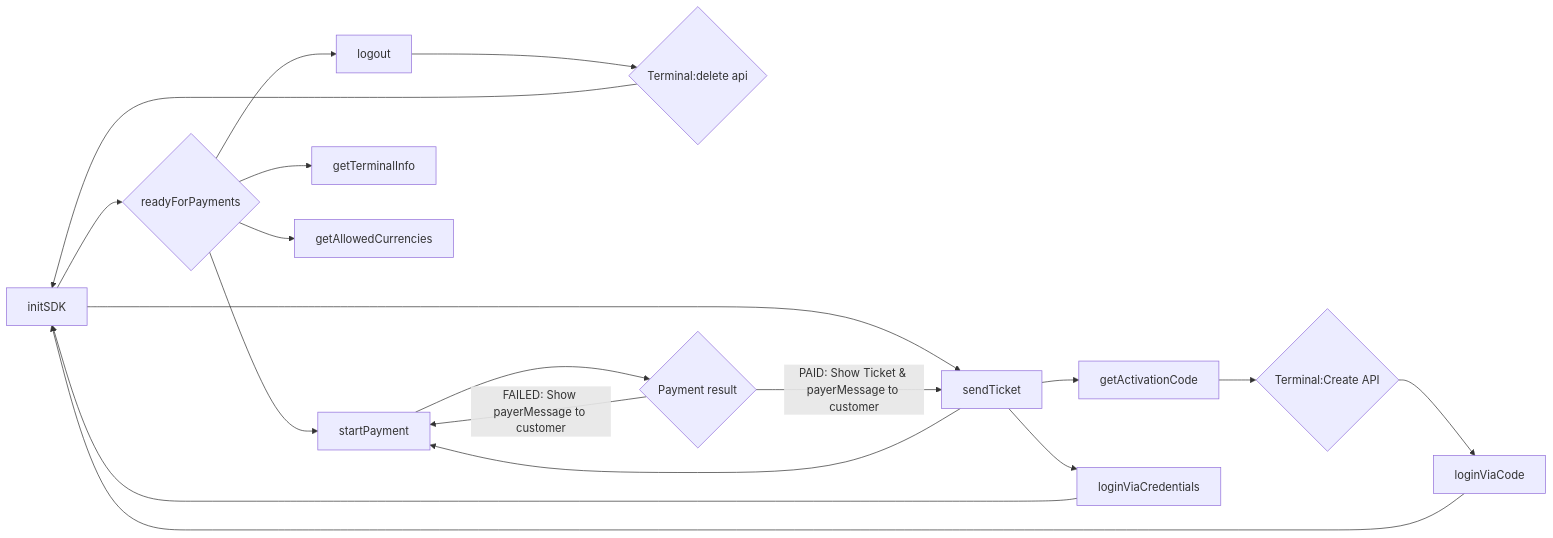
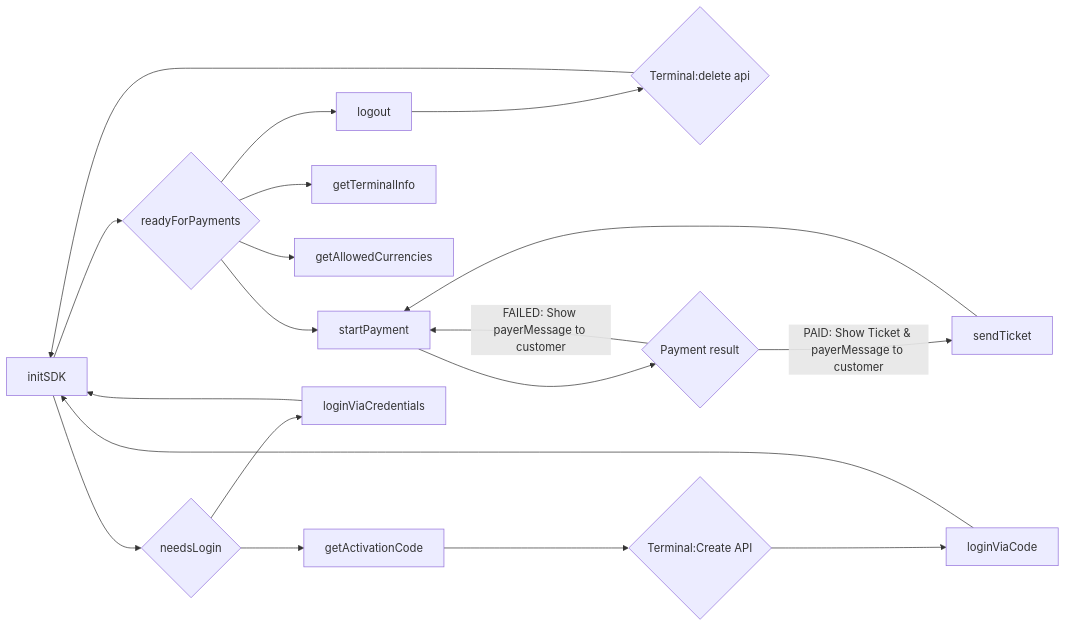
One commit to paynl/POS.SDK changed the diagram in docs/sdk-android-softpos.md. Above: the diagram before and after it, drawn with Mermaid. The commit also changed 2 other files, not shown here.

````diff
--- a/docs/sdk-android-softpos.md
+++ b/docs/sdk-android-softpos.md
@@ -88,21 +88,21 @@
 ```mermaid
 flowchart LR;
   A[initSDK] --> B{readyForPayments}
   A --> M{needsLogin}
   B --> K[logout]
   K --> L{Terminal:delete api}
   L --> A
   B --> F[startPayment]
   F --> H{Payment result}
-  H --> |PAID: Show Ticket & payerMessage to customer| M
-  M[sendTicket] --> F
+  H --> |PAID: Show Ticket & payerMessage to customer| N
+  N[sendTicket] --> F
   H --> |FAILED: Show payerMessage to customer| F
   B --> I[getTerminalInfo]
   B --> J[getAllowedCurrencies]
   M --> C[getActivationCode]
   C --> D{Terminal:Create API}
   D --> E[loginViaCode]
   E --> A
   M --> G[loginViaCredentials]
   G --> A
 ```
````
